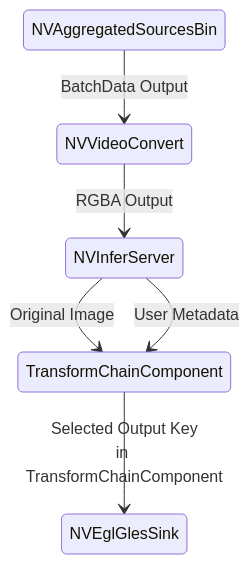
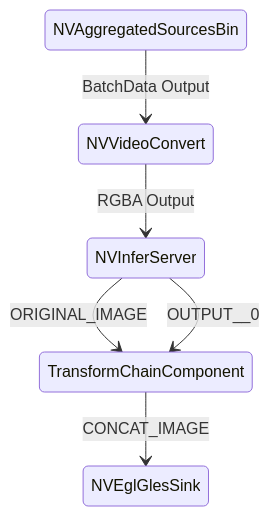
The fourth of 5 diagrams in docs/source/developerguide.rst (Project-MONAI/MONAIStream), drawn with Mermaid before and after one commit. The commit also changed other lines of this file and 2 other files, not shown here.

```diff
--- a/docs/source/developerguide.rst
+++ b/docs/source/developerguide.rst
@@ -247,8 +287,8 @@
 .. mermaid::
 
   stateDiagram-v2
       NVAggregatedSourcesBin --> NVVideoConvert: BatchData Output
       NVVideoConvert --> NVInferServer: RGBA Output
-      NVInferServer --> TransformChainComponent: Original Image
-      NVInferServer --> TransformChainComponent: User Metadata
-      TransformChainComponent --> NVEglGlesSink: <center>Selected Output Key<br>in TransformChainComponent</center>
+      NVInferServer --> TransformChainComponent: ORIGINAL_IMAGE
+      NVInferServer --> TransformChainComponent: OUTPUT__0
+      TransformChainComponent --> NVEglGlesSink: CONCAT_IMAGE
```
